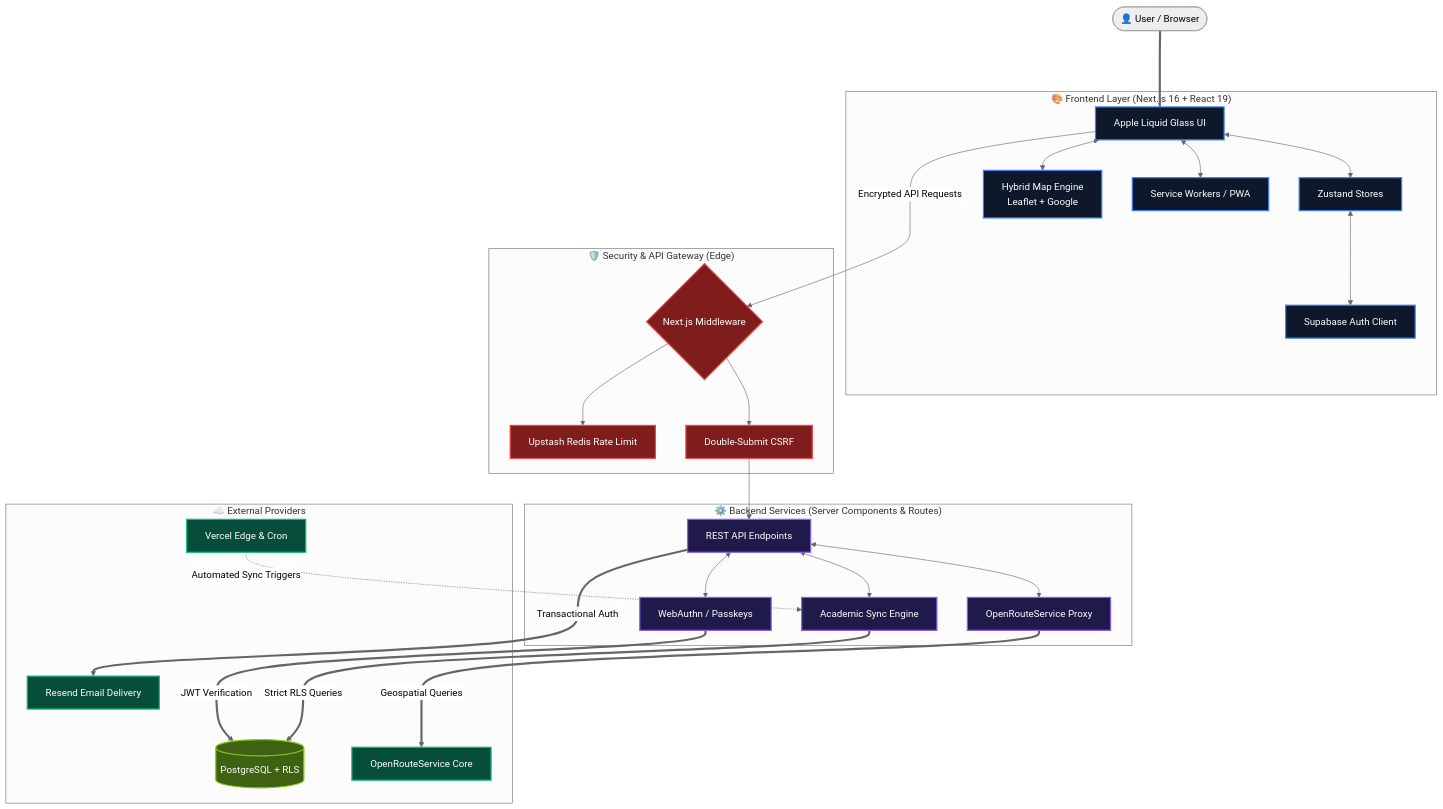
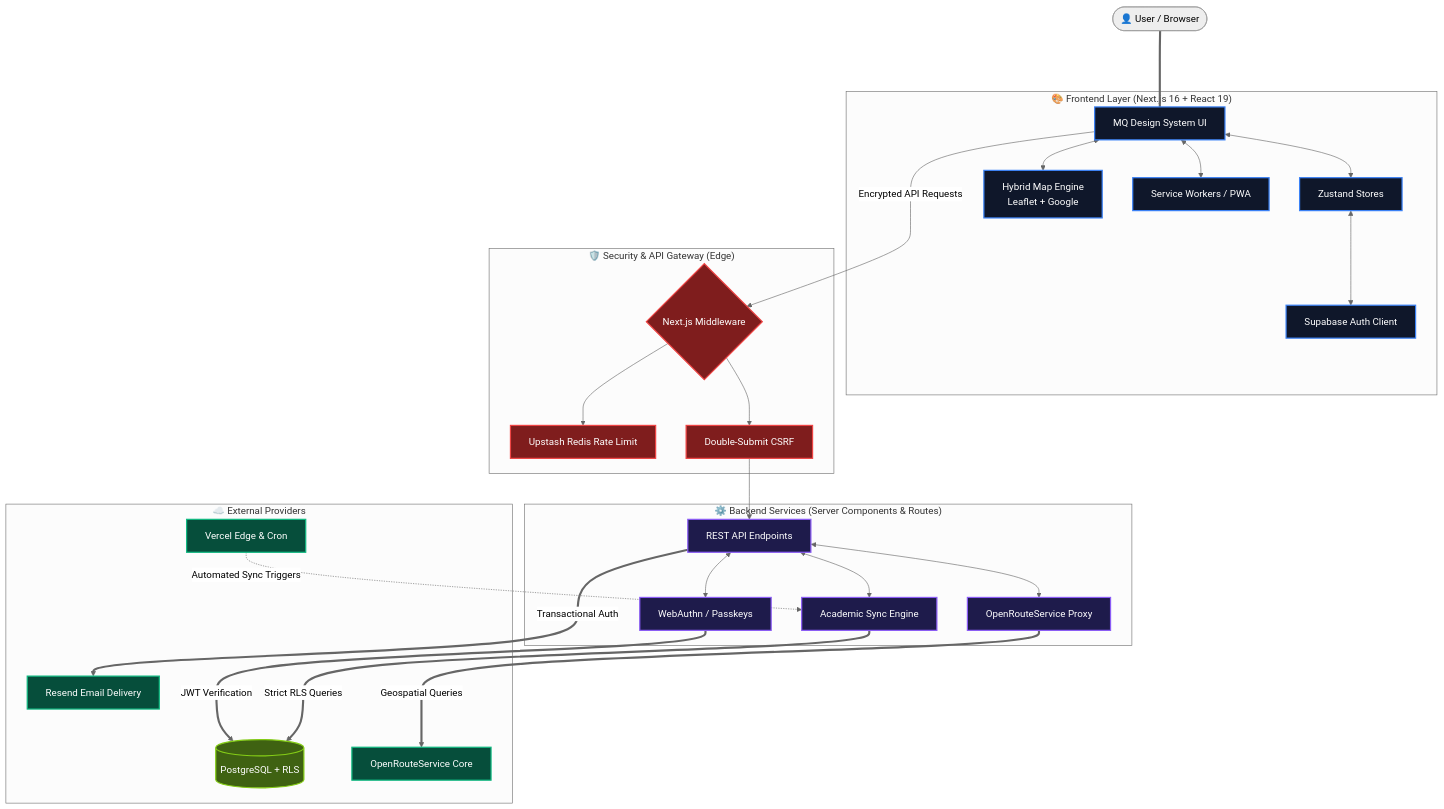
One commit to Raoof128/Syllabus-Sync changed the diagram in README.md. Above: the diagram before and after it, drawn with Mermaid (neutral theme). The commit also changed other lines of this file and 29 other files, not shown here.

````diff
--- a/README.md
+++ b/README.md
@@ -24,60 +24,60 @@
 ```mermaid
 flowchart TD
     classDef frontend fill:#0f172a,stroke:#3b82f6,stroke-width:2px,color:#fff
     classDef backend fill:#1e1b4b,stroke:#8b5cf6,stroke-width:2px,color:#fff
     classDef external fill:#064e3b,stroke:#10b981,stroke-width:2px,color:#fff
     classDef db fill:#3f6212,stroke:#84cc16,stroke-width:2px,color:#fff
     classDef security fill:#7f1d1d,stroke:#ef4444,stroke-width:2px,color:#fff
 
     User([👤 User / Browser])
 
     subgraph FE ["🎨 Frontend Layer (Next.js 16 + React 19)"]
-        UI[Apple Liquid Glass UI]:::frontend
+        UI[MQ Design System UI]:::frontend
         State[Zustand Stores]:::frontend
         Auth[Supabase Auth Client]:::frontend
         Navigation[Hybrid Map Engine\nLeaflet + Google]:::frontend
         SW[Service Workers / PWA]:::frontend
     end
 
     subgraph Gateway ["🛡️ Security & API Gateway (Edge)"]
         Middleware{Next.js Middleware}:::security
         RL[Upstash Redis Rate Limit]:::security
         CSRF[Double-Submit CSRF]:::security
     end
 
     subgraph BE ["⚙️ Backend Services (Server Components & Routes)"]
         API_Routes[REST API Endpoints]:::backend
         Auth_Handler[WebAuthn / Passkeys]:::backend
         Map_Proxy[OpenRouteService Proxy]:::backend
         Sync_Engine[Academic Sync Engine]:::backend
     end
 
     subgraph Services ["☁️ External Providers"]
         Supabase[(PostgreSQL + RLS)]:::db
         ORS[OpenRouteService Core]:::external
         Resend[Resend Email Delivery]:::external
         Vercel[Vercel Edge & Cron]:::external
     end
 
     %% Connections
     User ==== UI
     UI <--> State
     UI <--> Navigation
     State <--> Auth
     UI <--> SW
 
     UI --->|Encrypted API Requests| Middleware
     Middleware --> RL
     Middleware --> CSRF
     CSRF --> API_Routes
 
     API_Routes <--> Auth_Handler
     API_Routes <--> Map_Proxy
     API_Routes <--> Sync_Engine
 
     Auth_Handler ===>|JWT Verification| Supabase
     Sync_Engine ===>|Strict RLS Queries| Supabase
     Map_Proxy ===>|Geospatial Queries| ORS
     API_Routes ===>|Transactional Auth| Resend
     Vercel -.->|Automated Sync Triggers| Sync_Engine
 ```
````
